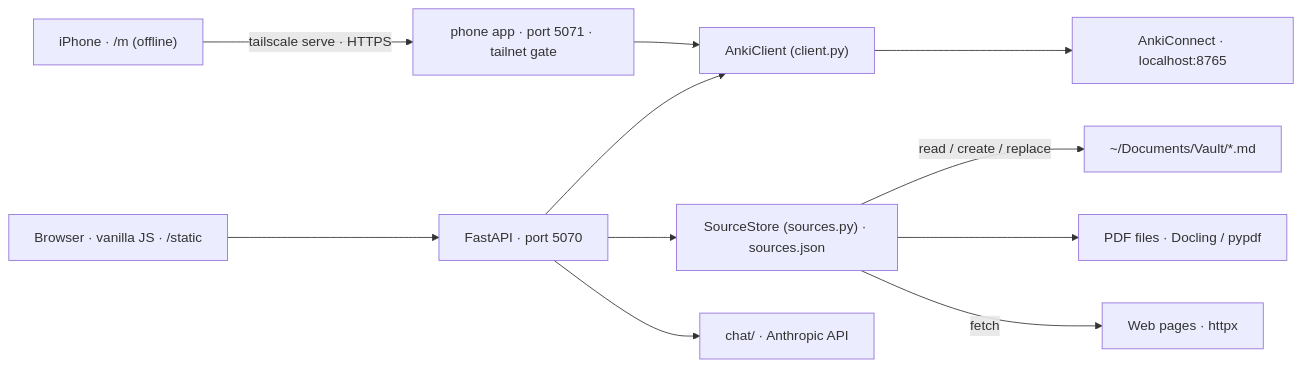
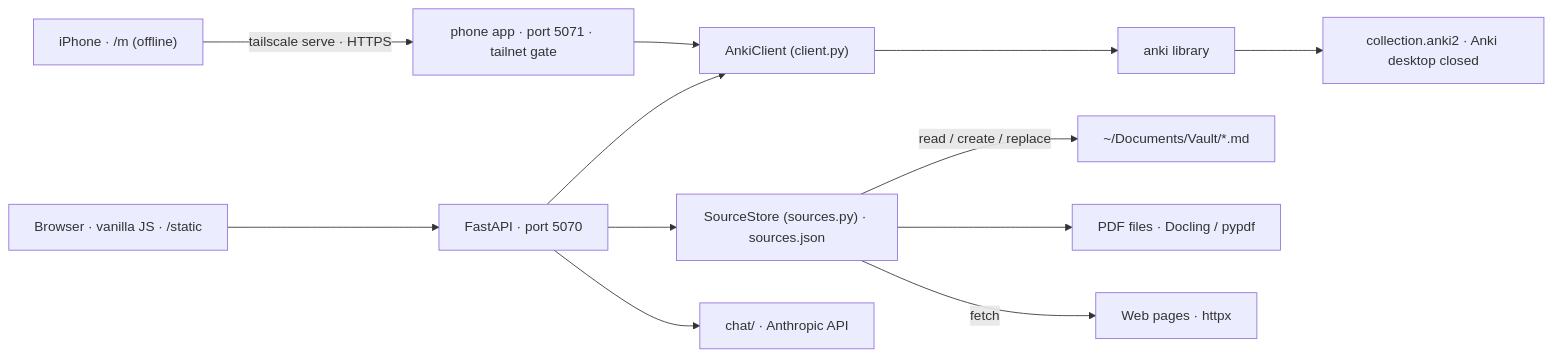
The diagram in specs/00-overview.md (Vaillus/anki_assistant), drawn with Mermaid before and after one commit. The commit also changed other lines of this file and 24 other files, not shown here.

First line of the commit message:
feat: replace AnkiConnect with the anki library

````diff
--- a/specs/00-overview.md
+++ b/specs/00-overview.md
@@ -26,12 +26,12 @@
 ```mermaid
 graph LR
     UI["Browser · vanilla JS · /static"] --> API["FastAPI · port 5070"]
-    API --> Client["AnkiClient (client.py)"] --> AC["AnkiConnect · localhost:8765"]
+    API --> Client["AnkiClient (client.py)"] --> Lib["anki library"] --> Col["collection.anki2 · Anki desktop closed"]
     API --> Sources["SourceStore (sources.py) · sources.json"]
     Sources -- read / create / replace --> Vault["~/Documents/Vault/*.md"]
     Sources --> PDF["PDF files · Docling / pypdf"]
     Sources -- fetch --> Web["Web pages · httpx"]
     API --> Chat["chat/ · Anthropic API"]
     Phone["iPhone · /m (offline)"] -- tailscale serve · HTTPS --> Gate["phone app · port 5071 · tailnet gate"]
     Gate --> Client
 ```
````
